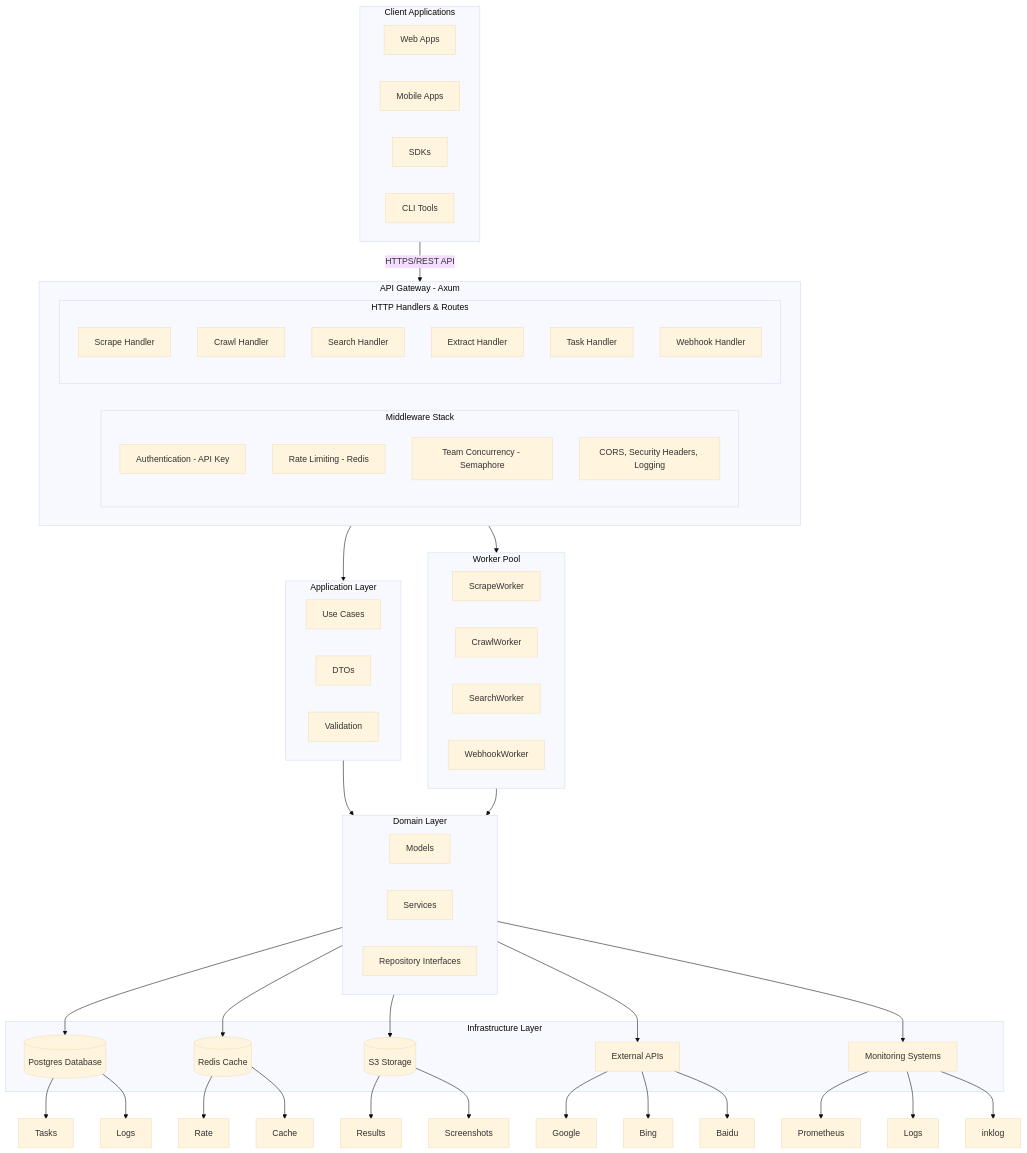
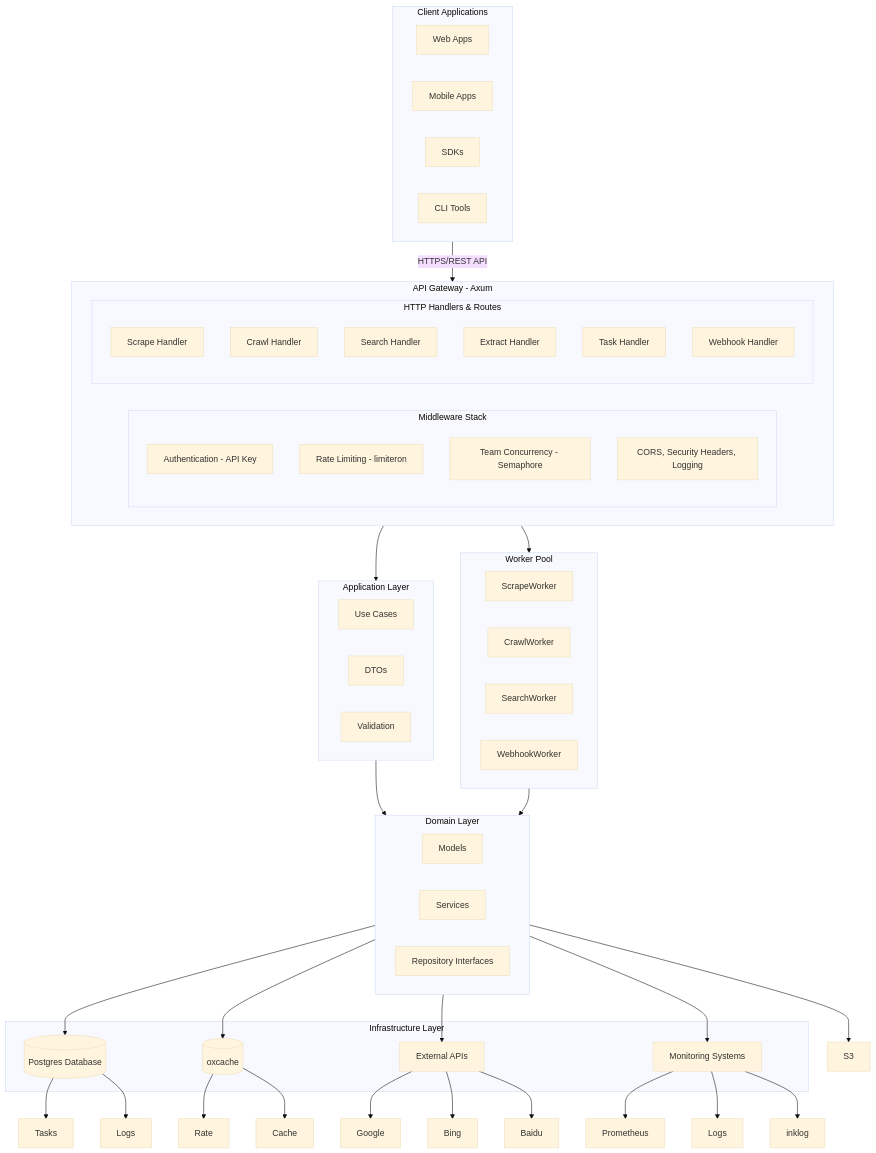
The first of 8 diagrams in docs/ARCHITECTURE.md (Kirky-X/crawlrs), drawn with Mermaid (base theme) before and after one commit. The commit also changed other lines of this file and 1 other file, not shown here.

First line of the commit message:
refactor(docs): 清理 ARCHITECTURE.md/API_REFERENCE.md 中 Redis/S3 引用

````diff
--- a/docs/ARCHITECTURE.md
+++ b/docs/ARCHITECTURE.md
@@ -163,78 +163,75 @@
 ```mermaid
 flowchart TD
     subgraph Clients [Client Applications]
         C1[Web Apps]
         C2[Mobile Apps]
         C3[SDKs]
         C4[CLI Tools]
     end
 
     subgraph API [API Gateway - Axum]
         subgraph Middleware [Middleware Stack]
             M1[Authentication - API Key]
-            M2[Rate Limiting - Redis]
+            M2[Rate Limiting - limiteron]
             M3[Team Concurrency - Semaphore]
             M4[CORS, Security Headers, Logging]
         end
 
         subgraph Handlers [HTTP Handlers & Routes]
             H1[Scrape Handler]
             H2[Crawl Handler]
             H3[Search Handler]
             H4[Extract Handler]
             H5[Task Handler]
             H6[Webhook Handler]
         end
     end
 
     subgraph App [Application Layer]
         A1[Use Cases]
         A2[DTOs]
         A3[Validation]
     end
 
     subgraph Workers [Worker Pool]
         W1[ScrapeWorker]
         W2[CrawlWorker]
         W3[SearchWorker]
         W4[WebhookWorker]
     end
 
     subgraph Domain [Domain Layer]
         D1[Models]
         D2[Services]
         D3[Repository Interfaces]
     end
 
     subgraph Infra [Infrastructure Layer]
         DB[(Postgres Database)]
-        RC[(Redis Cache)]
-        S3[(S3 Storage)]
+        RC[(oxcache)]
         EXT[External APIs]
         MON[Monitoring Systems]
     end
 
     DB --> DBTasks[Tasks]
     DB --> DBLogs[Logs]
     RC --> RCRate[Rate]
     RC --> RCCache[Cache]
-    S3 --> S3Results[Results]
-    S3 --> S3Screenshots[Screenshots]
     EXT --> EXTGoogle[Google]
     EXT --> EXTBing[Bing]
     EXT --> EXTBaidu[Baidu]
     MON --> MONPrometheus[Prometheus]
     MON --> MONLogs[Logs]
     MON --> MONInklog[inklog]
 
     Clients -->|"HTTPS/REST API"| API
     API --> App
     API --> Workers
     App --> Domain
     Workers --> Domain
     Domain --> DB
     Domain --> RC
     Domain --> S3
     Domain --> EXT
     Domain --> MON
 ```
````
